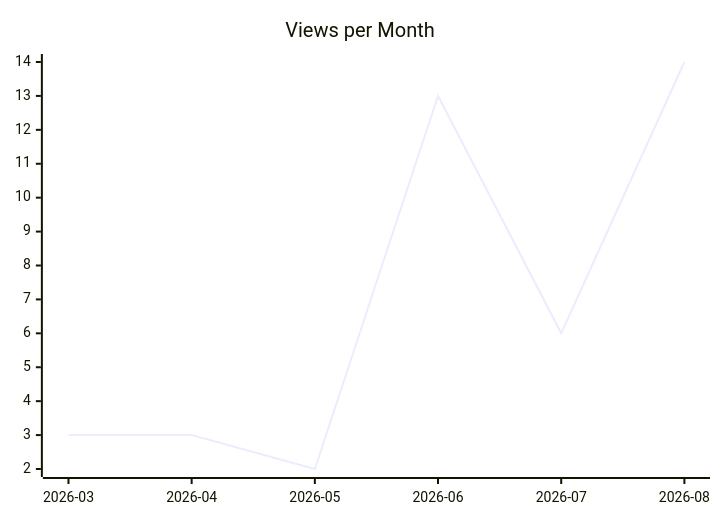
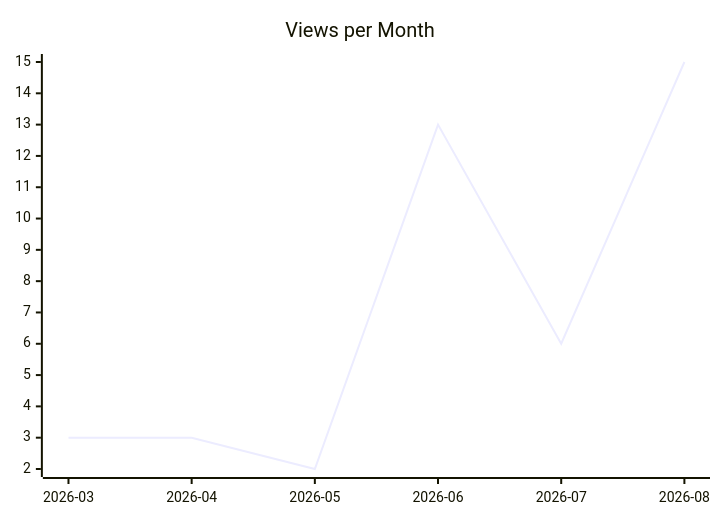
The second of 3 diagrams in karlmdavis/rps-tourney/README.md (justdavis-family/github-analytics-data), drawn with Mermaid before and after one commit. The commit also changed other lines of this file and 174 other files, not shown here.

````diff
--- a/karlmdavis/rps-tourney/README.md
+++ b/karlmdavis/rps-tourney/README.md
@@ -12,6 +12,6 @@
 ```mermaid
 xychart-beta
   title "Views per Month"
   x-axis ["2026-03", "2026-04", "2026-05", "2026-06", "2026-07", "2026-08"]
-  line [3, 3, 2, 13, 6, 14]
+  line [3, 3, 2, 13, 6, 15]
 ```
````
